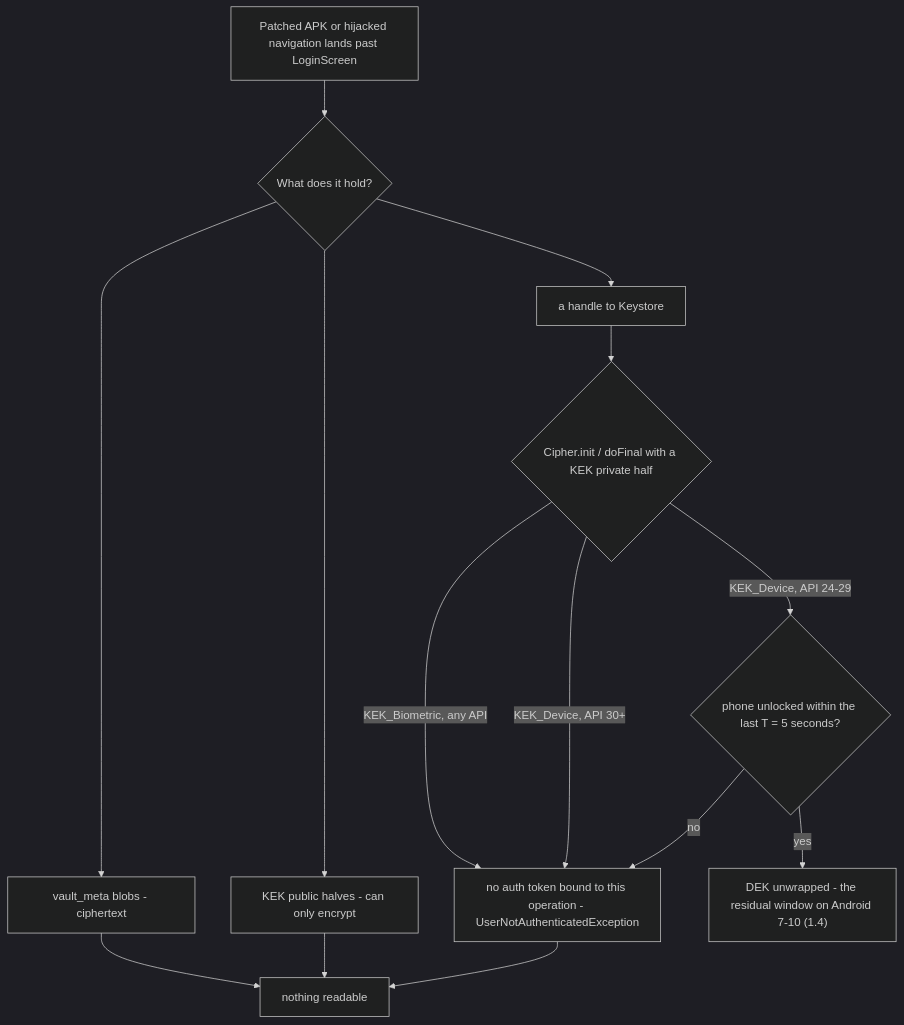
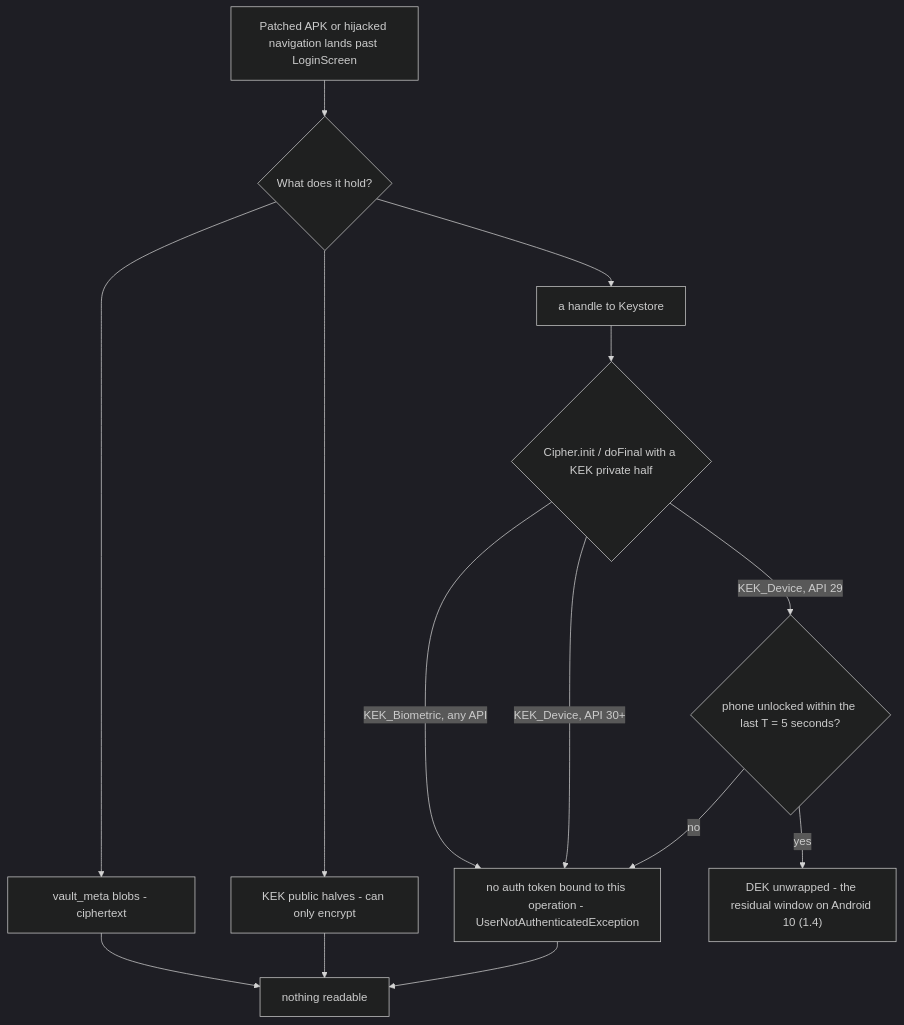
Before and after one commit to Ni3verma/Safe-Box: diagram 15 of 23 in docs/design/envelope-encryption.md, drawn with Mermaid (dark theme). The commit also changed other lines of this file and 19 other files, not shown here.

````diff
--- a/docs/design/envelope-encryption.md
+++ b/docs/design/envelope-encryption.md
@@ -823,16 +821,16 @@
 ```mermaid
 flowchart TB
     A["Patched APK or hijacked navigation lands past LoginScreen"] --> B{"What does it hold?"}
     B --> C["vault_meta blobs - ciphertext"]
     B --> D["KEK public halves - can only encrypt"]
     B --> E["a handle to Keystore"]
     E --> F{"Cipher.init / doFinal with a KEK private half"}
     F -->|"KEK_Biometric, any API"| G["no auth token bound to this operation - UserNotAuthenticatedException"]
     F -->|"KEK_Device, API 30+"| G
-    F -->|"KEK_Device, API 24-29"| Hq{"phone unlocked within the last T = 5 seconds?"}
+    F -->|"KEK_Device, API 29"| Hq{"phone unlocked within the last T = 5 seconds?"}
     Hq -->|"no"| G
-    Hq -->|"yes"| I["DEK unwrapped - the residual window on Android 7-10 (1.4)"]
+    Hq -->|"yes"| I["DEK unwrapped - the residual window on Android 10 (1.4)"]
     C --> J["nothing readable"]
     D --> J
     G --> J
 ```
````
